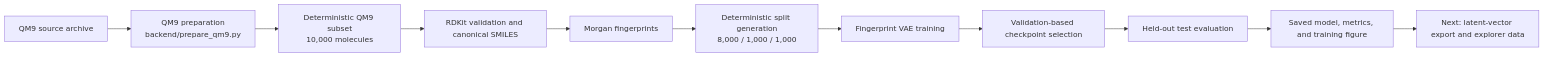
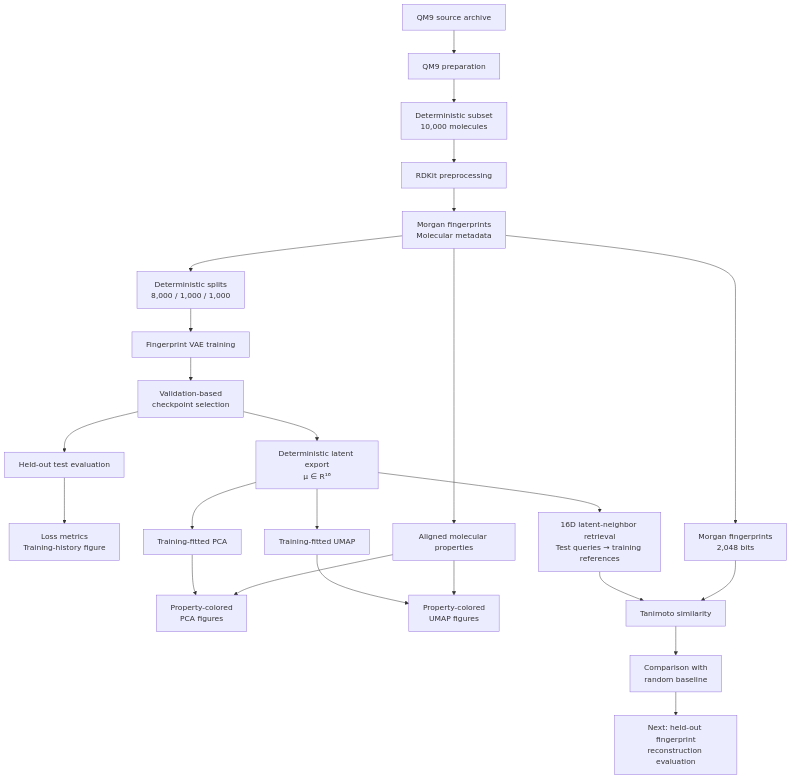
The diagram in docs/ARCHITECTURE.md (rizonehyseni/Latent-Space-Explorer), drawn with Mermaid before and after one commit.

Commit message:
Revise architecture diagram for clarity and accuracy
Updated the architecture diagram to reflect changes in the workflow and terminology.

````diff
--- a/docs/ARCHITECTURE.md
+++ b/docs/ARCHITECTURE.md
@@ -13,13 +13,31 @@
 ```mermaid
-flowchart LR
-    A["QM9 source archive"] --> B["QM9 preparation<br/>backend/prepare_qm9.py"]
-    B --> C["Deterministic QM9 subset<br/>10,000 molecules"]
-    C --> D["RDKit validation and canonical SMILES"]
-    D --> E["Morgan fingerprints"]
-    E --> F["Deterministic split generation<br/>8,000 / 1,000 / 1,000"]
+flowchart TD
+    A["QM9 source archive"] --> B["QM9 preparation"]
+    B --> C["Deterministic subset<br/>10,000 molecules"]
+    C --> D["RDKit preprocessing"]
+    D --> E["Morgan fingerprints<br/>Molecular metadata"]
+    E --> F["Deterministic splits<br/>8,000 / 1,000 / 1,000"]
+
     F --> G["Fingerprint VAE training"]
-    G --> H["Validation-based checkpoint selection"]
+    G --> H["Validation-based<br/>checkpoint selection"]
     H --> I["Held-out test evaluation"]
-    I --> J["Saved model, metrics, and training figure"]
-    J --> K["Next: latent-vector export and explorer data"]
+    I --> J["Loss metrics<br/>Training-history figure"]
+
+    H --> K["Deterministic latent export<br/>μ ∈ R¹⁶"]
+    K --> L["Training-fitted PCA"]
+    K --> M["Training-fitted UMAP"]
+
+    E --> N["Aligned molecular properties"]
+    L --> O["Property-colored<br/>PCA figures"]
+    M --> P["Property-colored<br/>UMAP figures"]
+    N --> O
+    N --> P
+
+    K --> Q["16D latent-neighbor retrieval<br/>Test queries → training references"]
+    E --> R["Morgan fingerprints<br/>2,048 bits"]
+    Q --> S["Tanimoto similarity"]
+    R --> S
+    S --> T["Comparison with<br/>random baseline"]
+
+    T --> U["Next: held-out fingerprint<br/>reconstruction evaluation"]
 ```
````
